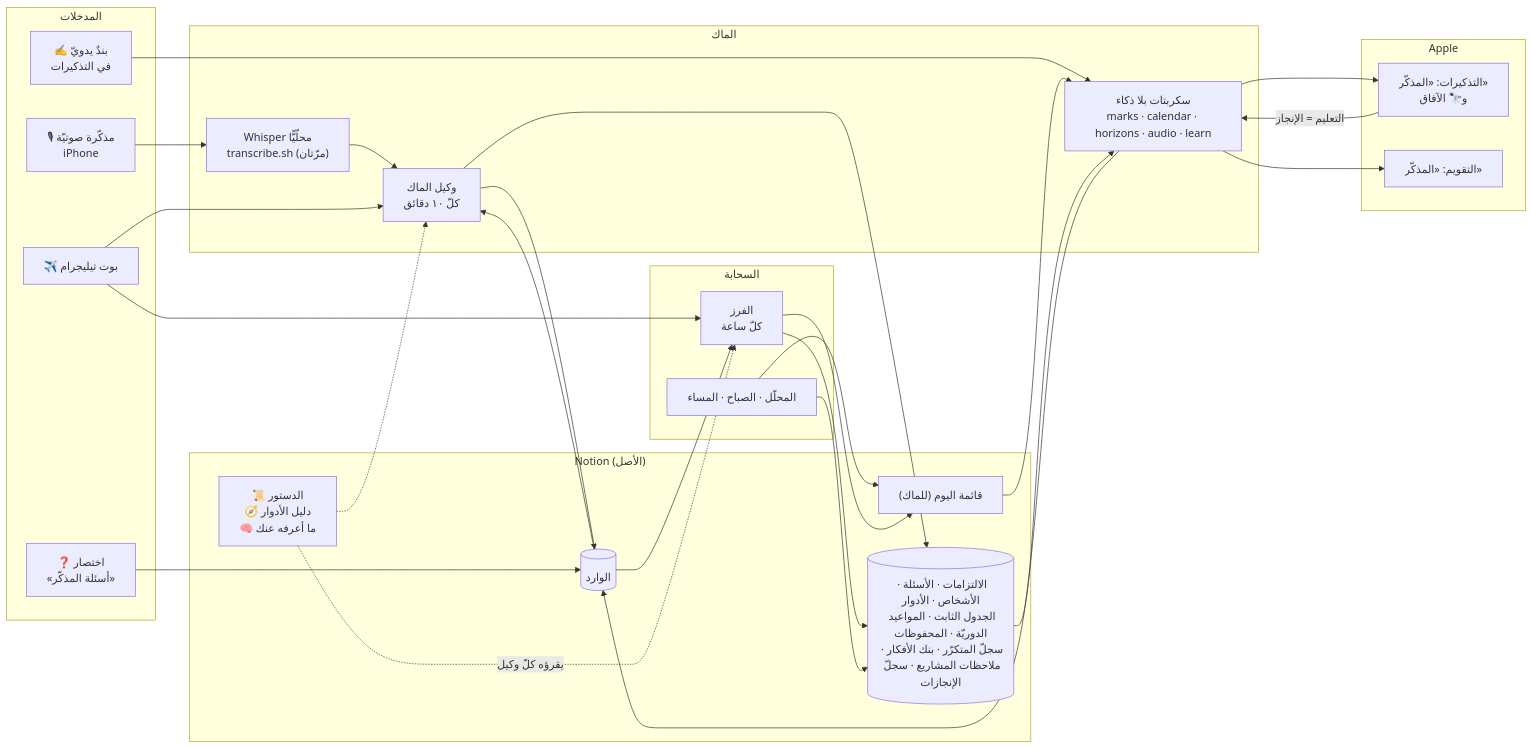
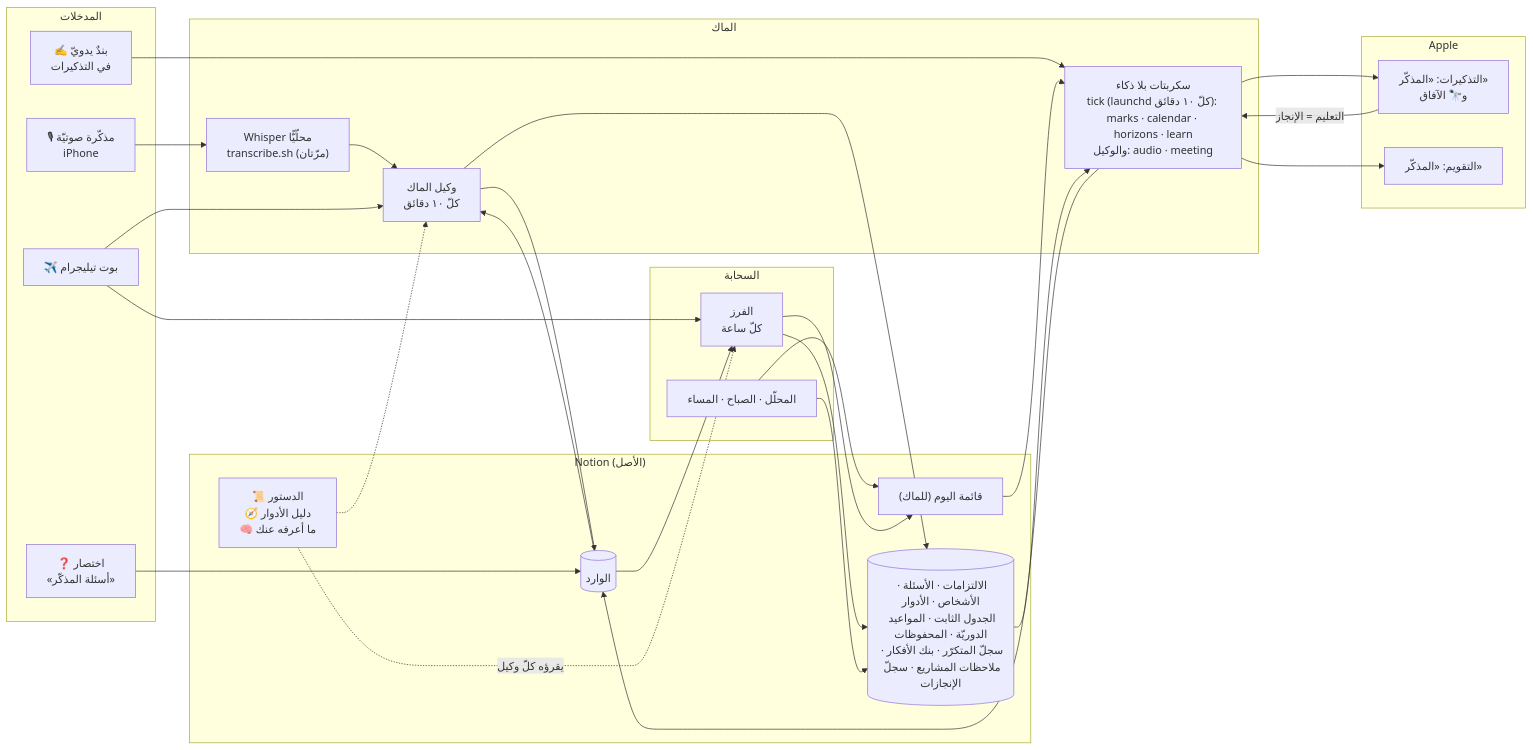
The diagram in README.md (watadwaqf/smart-mudhakkir), drawn with Mermaid before and after one commit. The commit also changed 7 other files, not shown here.

````diff
--- a/README.md
+++ b/README.md
@@ -27,47 +27,47 @@
 ```mermaid
 flowchart LR
     subgraph IN["المدخلات"]
         VM["🎙 مذكّرة صوتيّة<br/>iPhone"]
         TG["✈️ بوت تيليجرام"]
         QS["❓ اختصار<br/>«أسئلة المذكّر»"]
         MAN["✍️ بندٌ يدويّ<br/>في التذكيرات"]
     end
     subgraph MAC["الماك"]
         WH["Whisper محلّيًّا<br/>transcribe.sh (مرّتان)"]
-        SC["سكربتات بلا ذكاء<br/>marks · calendar · horizons · audio · learn"]
+        SC["سكربتات بلا ذكاء<br/>tick (launchd كلّ ١٠ دقائق): marks · calendar · horizons · learn<br/>والوكيل: audio · meeting"]
         MA["وكيل الماك<br/>كلّ ١٠ دقائق"]
     end
     subgraph CLOUD["السحابة"]
         TR["الفرز<br/>كلّ ساعة"]
         AN["المحلّل · الصباح · المساء"]
     end
     subgraph NOTION["Notion (الأصل)"]
         INB[("الوارد")]
         CONST["📜 الدستور<br/>🧭 دليل الأدوار<br/>🧠 ما أعرفه عنك"]
         DBS[("الالتزامات · الأسئلة · الأشخاص · الأدوار<br/>الجدول الثابت · المواعيد الدوريّة · المحفوظات<br/>سجلّ المتكرّر · بنك الأفكار · ملاحظات المشاريع · سجلّ الإنجازات")]
         TODAY["قائمة اليوم (للماك)"]
     end
     subgraph APPLE["Apple"]
         REM["التذكيرات: «المذكّر»<br/>و🔭 الآفاق"]
         CAL["التقويم: «المذكّر»"]
     end
     VM --> WH --> MA --> INB
     TG --> MA
     TG --> TR
     QS --> INB
     MAN --> SC --> INB
     INB --> TR
     INB --> MA
     CONST -.يقرؤه كلّ وكيل.-> TR
     CONST -.-> MA
     TR --> DBS
     MA --> DBS
     AN --> DBS
     AN --> TODAY
     TR --> TODAY
     TODAY --> SC
     DBS --> SC
     SC --> REM
     SC --> CAL
     REM -- التعليم = الإنجاز --> SC
 ```
````
